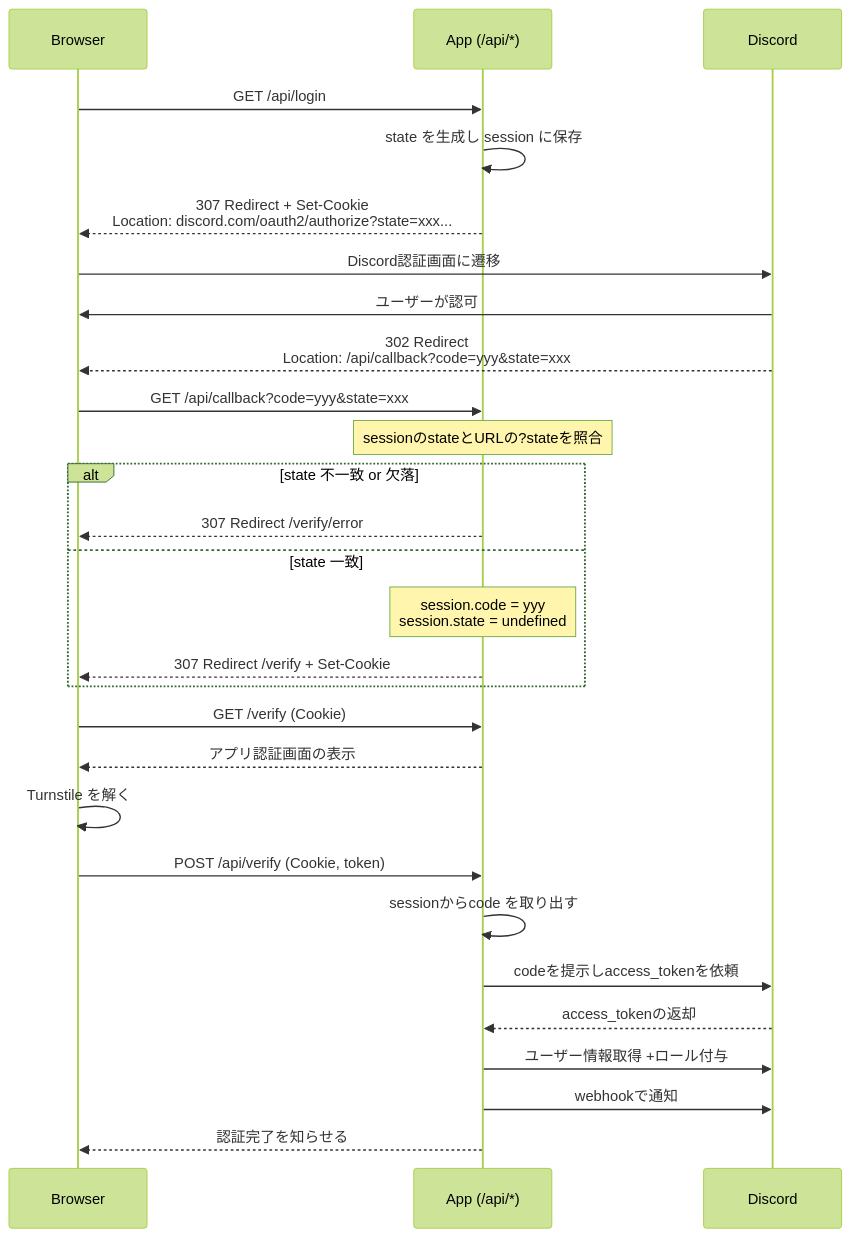
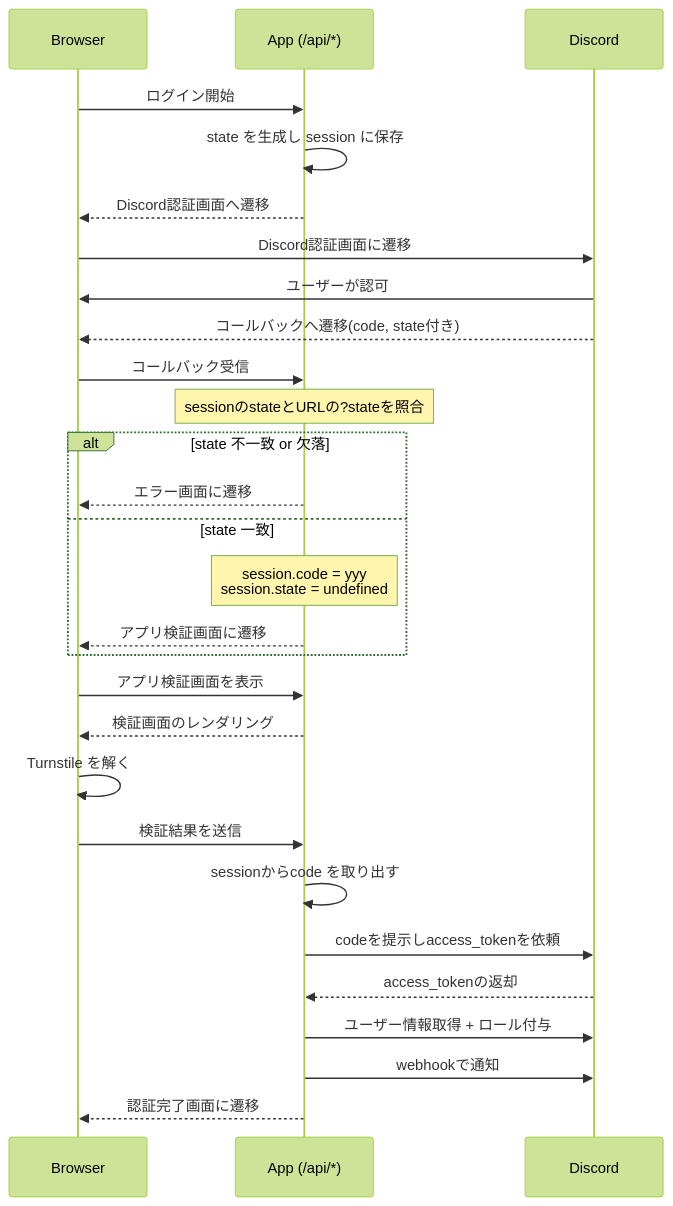
One commit to proto08/zenn changed the diagram in articles/3d610335fa0273.md. Above: the diagram before and after it, drawn with Mermaid (forest theme).

Commit message:
fix: シーケンス図を改善

````diff
--- a/articles/3d610335fa0273.md
+++ b/articles/3d610335fa0273.md
@@ -18,37 +18,37 @@
 ```mermaid
 sequenceDiagram
     participant Browser
     participant App as App (/api/*)
     participant Discord
 
-    Browser->>App: GET /api/login
+    Browser->>App: ログイン開始
     App->>App: state を生成し session に保存
-    App-->>Browser: 307 Redirect + Set-Cookie<br/>Location: discord.com/oauth2/authorize?state=xxx...
+    App-->>Browser: Discord認証画面へ遷移
 
     Browser->>Discord: Discord認証画面に遷移
     Discord->>Browser: ユーザーが認可
 
-    Discord-->>Browser: 302 Redirect<br/>Location: /api/callback?code=yyy&state=xxx
+    Discord-->>Browser: コールバックへ遷移(code, state付き)
 
-    Browser->>App: GET /api/callback?code=yyy&state=xxx
+    Browser->>App: コールバック受信
     Note over App: sessionのstateとURLの?stateを照合
 
     alt state 不一致 or 欠落
-        App-->>Browser: 307 Redirect /verify/error
+        App-->>Browser: エラー画面に遷移
     else state 一致
         Note over App: session.code = yyy<br/>session.state = undefined
-        App-->>Browser: 307 Redirect /verify + Set-Cookie
+        App-->>Browser: アプリ検証画面に遷移
     end
 
-    Browser->>App: GET /verify (Cookie)
-    App-->>Browser: アプリ認証画面の表示
+    Browser->>App: アプリ検証画面を表示
+    App-->>Browser: 検証画面のレンダリング
     Browser->>Browser: Turnstile を解く
 
-    Browser->>App: POST /api/verify (Cookie, token)
+    Browser->>App: 検証結果を送信
     App->>App: sessionからcode を取り出す
     App->>Discord: codeを提示しaccess_tokenを依頼
     Discord-->>App: access_tokenの返却
-    App->>Discord: ユーザー情報取得 +ロール付与
+    App->>Discord: ユーザー情報取得 + ロール付与
     App->>Discord: webhookで通知
-    App-->>Browser: 認証完了を知らせる
+    App-->>Browser: 認証完了画面に遷移
 ```
````
